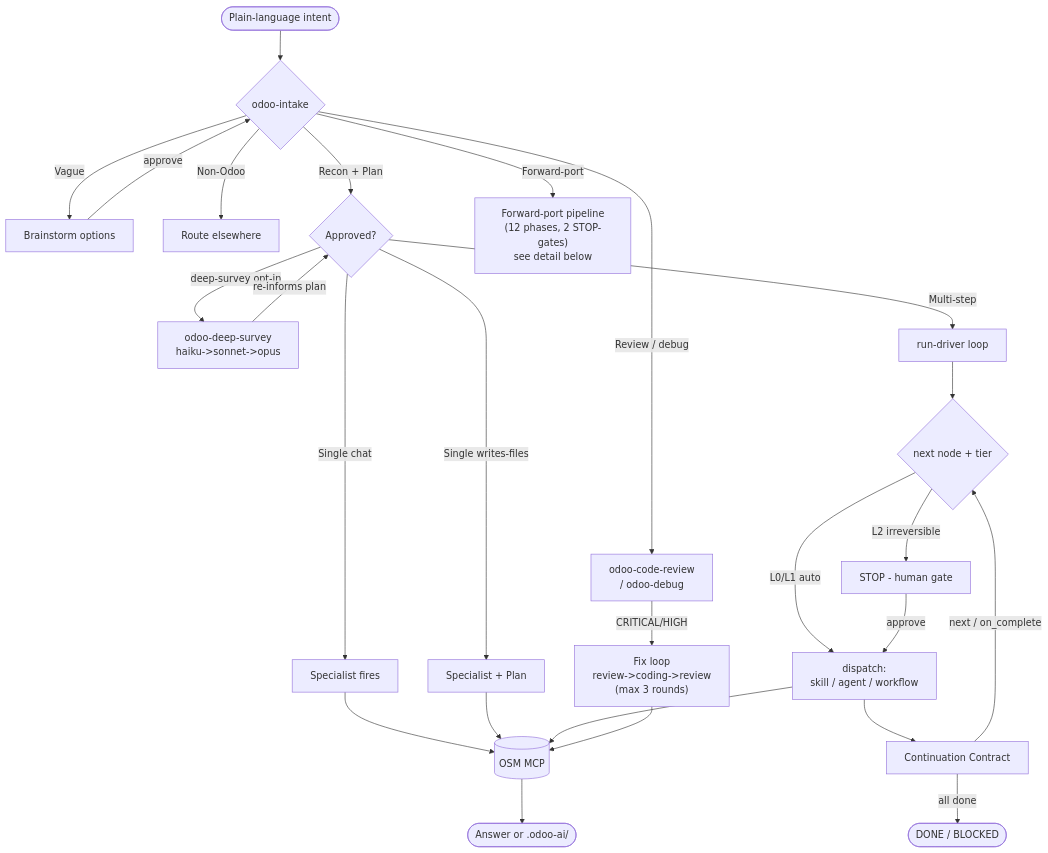
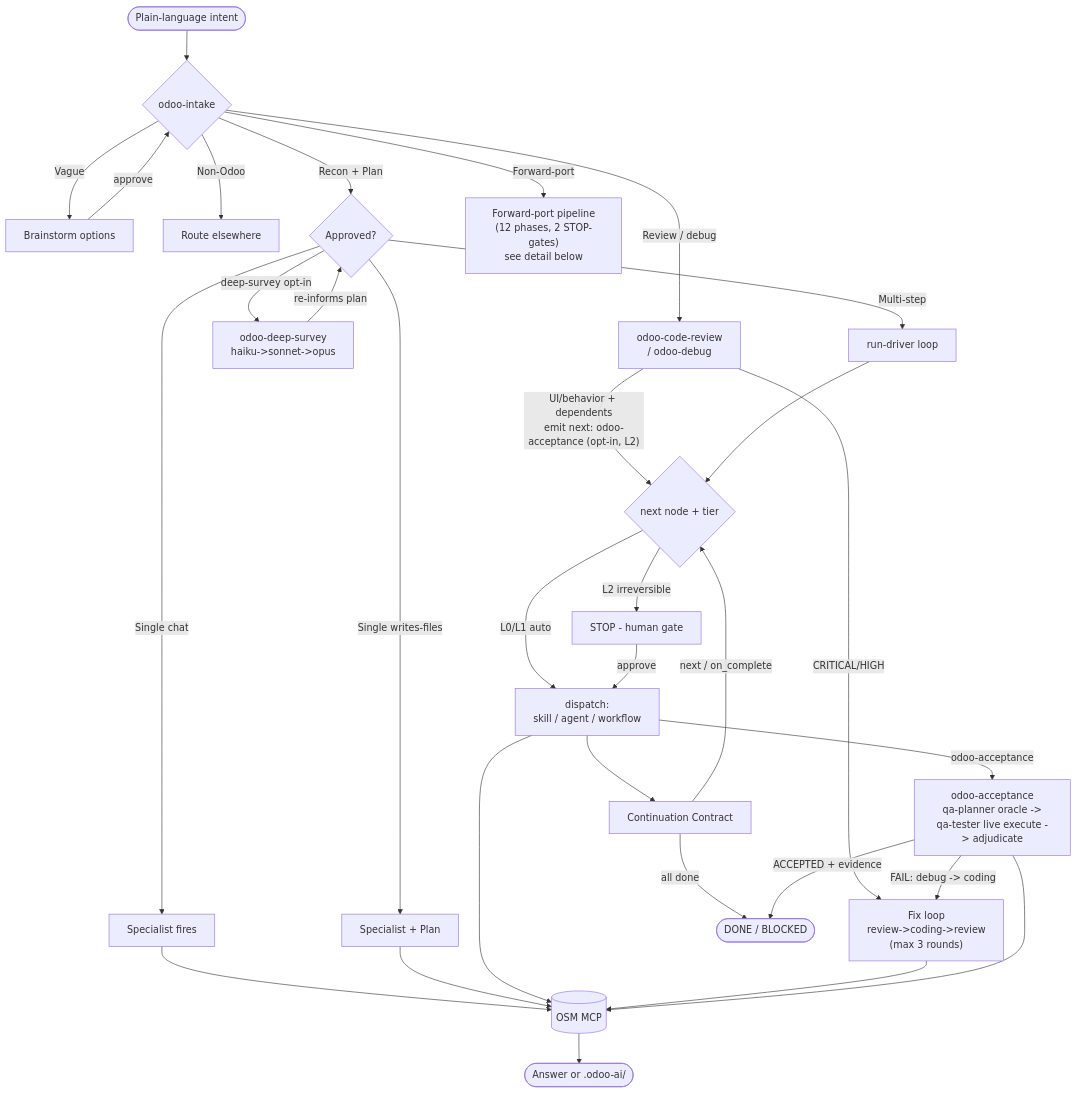
The first of 7 diagrams in plugins/odoo-ai-agents/README.md (Viindoo/odoo-mcp-client), drawn with Mermaid before and after one commit. The commit also changed other lines of this file and 33 other files, not shown here.

````diff
--- a/plugins/odoo-ai-agents/README.md
+++ b/plugins/odoo-ai-agents/README.md
@@ -115,34 +115,40 @@
 ```mermaid
 flowchart TD
     A([Plain-language intent]) --> D{"odoo-intake"}
     D -->|"Vague"| E["Brainstorm options"]
     E -->|"approve"| D
     D -->|"Non-Odoo"| X["Route elsewhere"]
     D -->|"Review / debug"| SPEC["odoo-code-review<br/>/ odoo-debug"]
     D -->|"Recon + Plan"| G{"Approved?"}
 
     G -->|"deep-survey opt-in"| DS["odoo-deep-survey<br/>haiku->sonnet->opus"]
     DS -->|"re-informs plan"| G
 
     G -->|"Single chat"| F1["Specialist fires"]
     G -->|"Single writes-files"| F2["Specialist + Plan"]
     G -->|"Multi-step"| RUN["run-driver loop"]
 
     SPEC -->|"CRITICAL/HIGH"| FIX["Fix loop<br/>review->coding->review<br/>(max 3 rounds)"]
+    SPEC -->|"UI/behavior + dependents<br/>emit next: odoo-acceptance (opt-in, L2)"| PK
 
     D -->|"Forward-port"| FP["Forward-port pipeline<br/>(12 phases, 2 STOP-gates)<br/>see detail below"]
 
     RUN --> PK{"next node + tier"}
     PK -->|"L0/L1 auto"| DISP["dispatch:<br/>skill / agent / workflow"]
     PK -->|"L2 irreversible"| STOP["STOP - human gate"]
     STOP -->|"approve"| DISP
     DISP --> CC["Continuation Contract"]
     CC -->|"next / on_complete"| PK
     CC -->|"all done"| DONE([DONE / BLOCKED])
 
+    DISP -->|"odoo-acceptance"| ACC["odoo-acceptance<br/>qa-planner oracle -><br/>qa-tester live execute -> adjudicate"]
+    ACC -->|"FAIL: debug -> coding"| FIX
+    ACC -->|"ACCEPTED + evidence"| DONE
+
     F1 --> I[("OSM MCP")]
     F2 --> I
     DISP --> I
     FIX --> I
+    ACC --> I
     I --> Z([Answer or .odoo-ai/])
 ```
````
